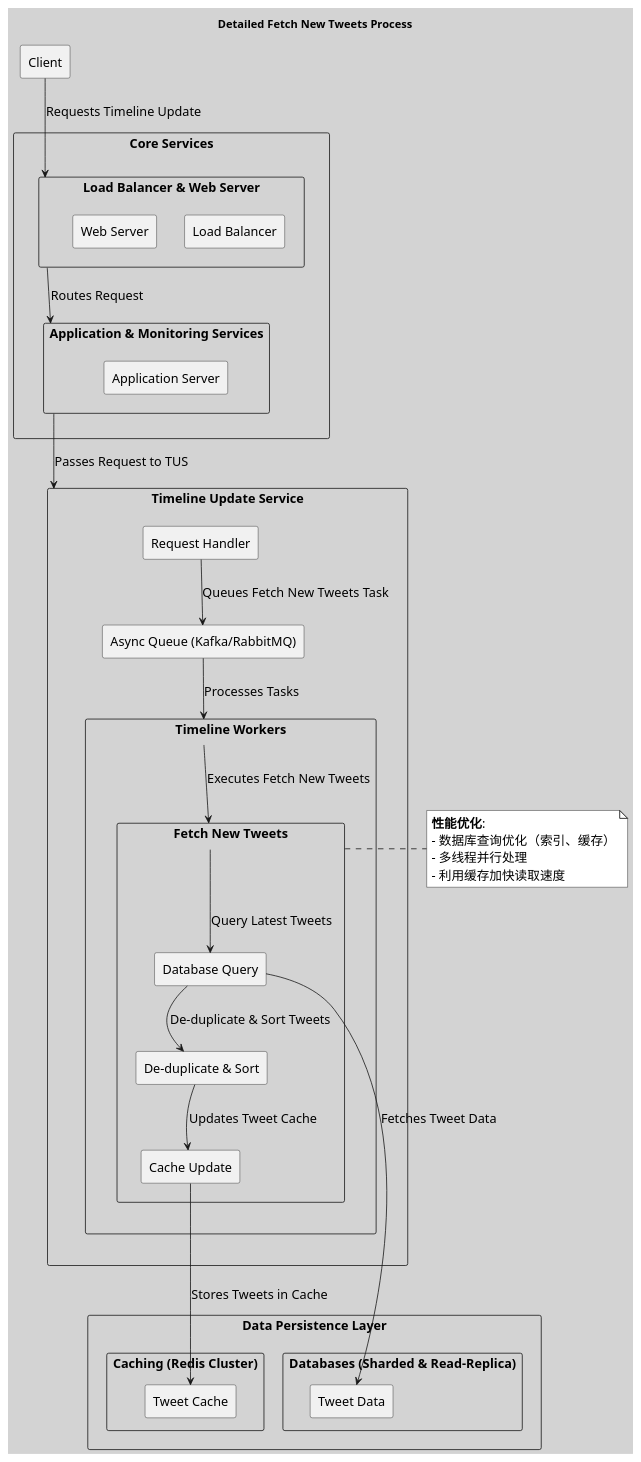
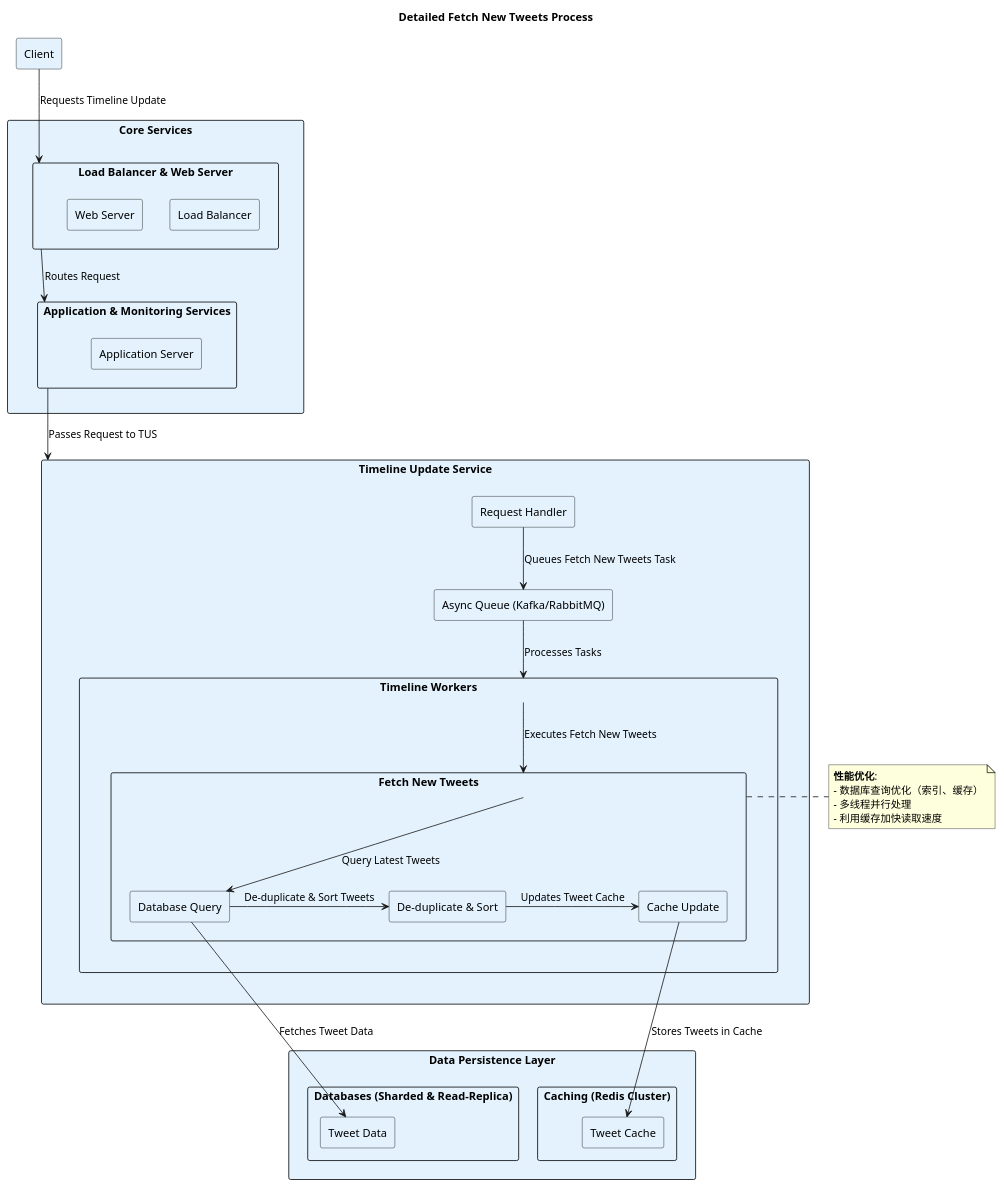
Before and after one commit to huangyingw/system_design: the diagram in twitter/fetch_new_tweets_detailed_architecture.puml, drawn with PlantUML.

```diff
--- a/twitter/fetch_new_tweets_detailed_architecture.puml
+++ b/twitter/fetch_new_tweets_detailed_architecture.puml
@@ -1,67 +1,64 @@
 @startuml
 
-skinparam backgroundColor #D3D3D3
-skinparam defaultFontName "Arial"
-skinparam defaultFontSize 16
-skinparam note {
-    BackgroundColor #FFFFFF
-        BorderColor #000000
-        FontSize 16
-        FontName "Arial"
+title Detailed Fetch New Tweets Process
+
+skinparam rectangle {
+    BackgroundColor #E3F2FD
+    BorderColor black
+    FontName "Arial"
+    FontSize 14
 }
-
-title Detailed Fetch New Tweets Process
 
 rectangle "Client" as Client
 
 rectangle "Core Services" as Core {
     rectangle "Load Balancer & Web Server" as LBWS {
         rectangle "Load Balancer" as LB
-            rectangle "Web Server" as WS
+        rectangle "Web Server" as WS
     }
     rectangle "Application & Monitoring Services" as AMS {
         rectangle "Application Server" as AS
     }
 }
 
 rectangle "Timeline Update Service" as TUS {
     rectangle "Request Handler" as RH
-        rectangle "Async Queue (Kafka/RabbitMQ)" as AQ
-        rectangle "Timeline Workers" as TW {
-            rectangle "Fetch New Tweets" as FNT {
-                rectangle "Database Query" as DBQ
-                    rectangle "De-duplicate & Sort" as DDS
-                    rectangle "Cache Update" as CU
-            }
+    rectangle "Async Queue (Kafka/RabbitMQ)" as AQ
+    rectangle "Timeline Workers" as TW {
+        rectangle "Fetch New Tweets" as FNT {
+            rectangle "Database Query" as DBQ
+            rectangle "De-duplicate & Sort" as DDS
+            rectangle "Cache Update" as CU
         }
+    }
 }
 
 rectangle "Data Persistence Layer" as DPS {
     rectangle "Caching (Redis Cluster)" as Cache {
         rectangle "Tweet Cache" as TC
     }
     rectangle "Databases (Sharded & Read-Replica)" as DB {
         rectangle "Tweet Data" as TD
     }
 }
 
 Client -down-> LBWS : Requests Timeline Update
 LBWS -down-> AMS : Routes Request
 AMS -down-> TUS : Passes Request to TUS
 RH -down-> AQ : Queues Fetch New Tweets Task
 AQ -down-> TW : Processes Tasks
 TW -down-> FNT : Executes Fetch New Tweets
 FNT -down-> DBQ : Query Latest Tweets
 DBQ -down-> TD : Fetches Tweet Data
-DBQ -down-> DDS : De-duplicate & Sort Tweets
-DDS -down-> CU : Updates Tweet Cache
-CU -down-> TC : Stores Tweets in Cache
+DBQ -right-> DDS : De-duplicate & Sort Tweets
+DDS -right-> CU : Updates Tweet Cache
+CU -right-> TC : Stores Tweets in Cache
 
 note right of FNT
-**性能优化**:
-- 数据库查询优化（索引、缓存）
-- 多线程并行处理
-- 利用缓存加快读取速度
+  **性能优化**:
+  - 数据库查询优化（索引、缓存）
+  - 多线程并行处理
+  - 利用缓存加快读取速度
 end note
 
 @enduml
```
